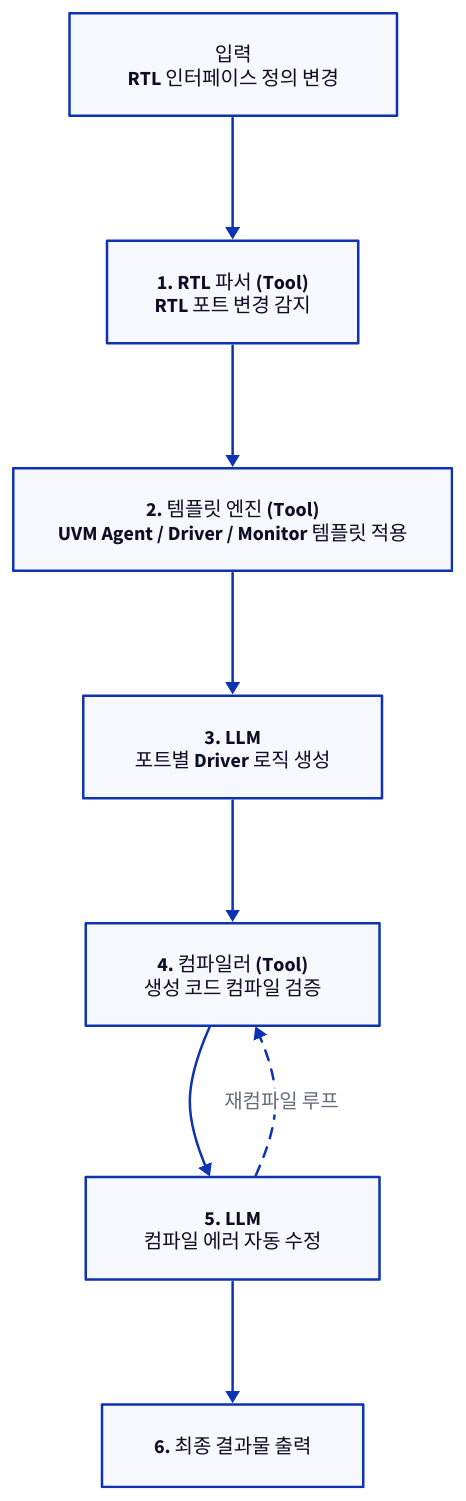
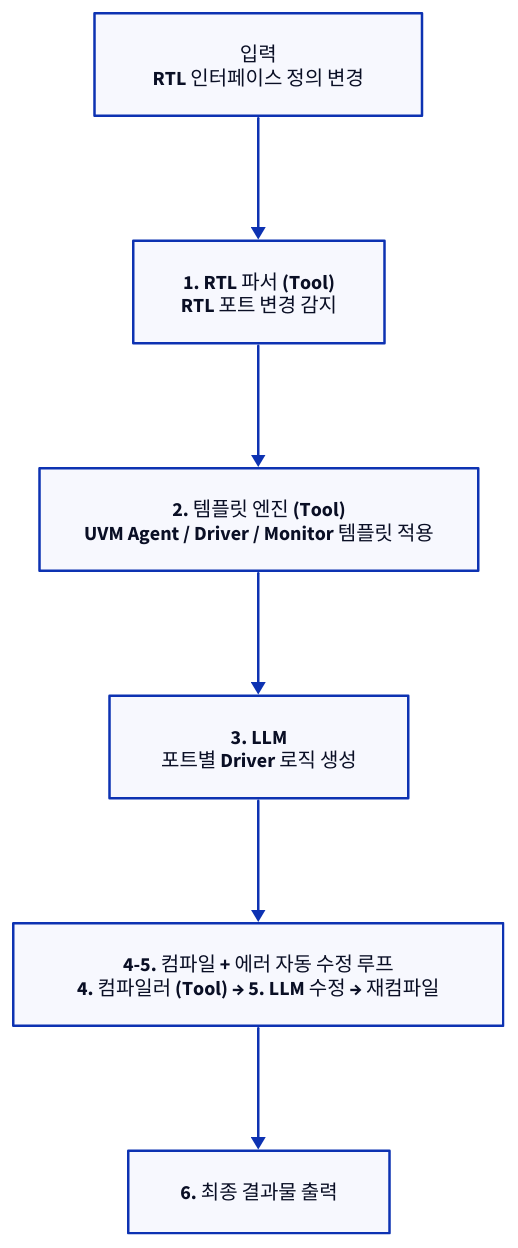
One commit to humbleowl39/DV_SKOOL changed the seventh of 8 diagrams in topics/ai_engineering/docs/05_agent_architecture.md. Above: the diagram before and after it, drawn with D2. The commit also changed other lines of this file and 90 other files, not shown here.

First line of the commit message:
docs: 전 토픽 다이어그램 정비 — ASCII→D2, mermaid→D2, 과대 D2 가시성 수정

````diff
--- a/topics/ai_engineering/docs/05_agent_architecture.md
+++ b/topics/ai_engineering/docs/05_agent_architecture.md
@@ -607,18 +597,15 @@
 ```d2
 direction: down
 
 IN: "입력\nRTL 인터페이스 정의 변경"
 S1: "1. RTL 파서 (Tool)\nRTL 포트 변경 감지"
 S2: "2. 템플릿 엔진 (Tool)\nUVM Agent / Driver / Monitor 템플릿 적용"
 S3: "3. LLM\n포트별 Driver 로직 생성"
-S4: "4. 컴파일러 (Tool)\n생성 코드 컴파일 검증"
-S5: "5. LLM\n컴파일 에러 자동 수정"
+GEN: "4-5. 컴파일 + 에러 자동 수정 루프\n4. 컴파일러 (Tool) → 5. LLM 수정 → 재컴파일"
 OUT: "6. 최종 결과물 출력"
 IN -> S1
 S1 -> S2
 S2 -> S3
-S3 -> S4
-S4 -> S5
-S5 -> OUT
-S5 -> S4: "재컴파일 루프" { style.stroke-dash: 4 }
+S3 -> GEN
+GEN -> OUT
 ```
````
